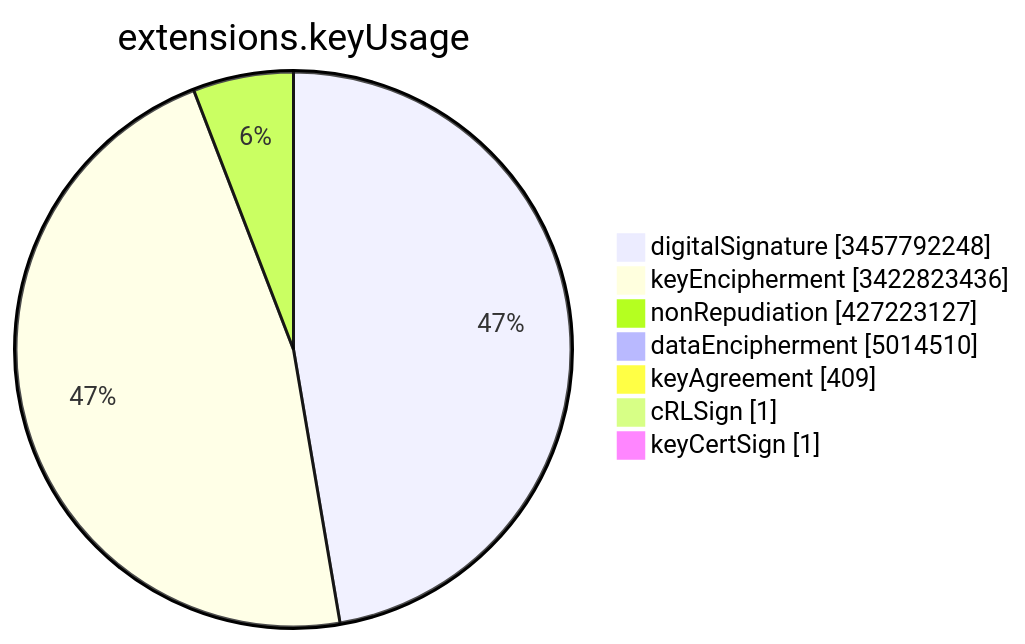
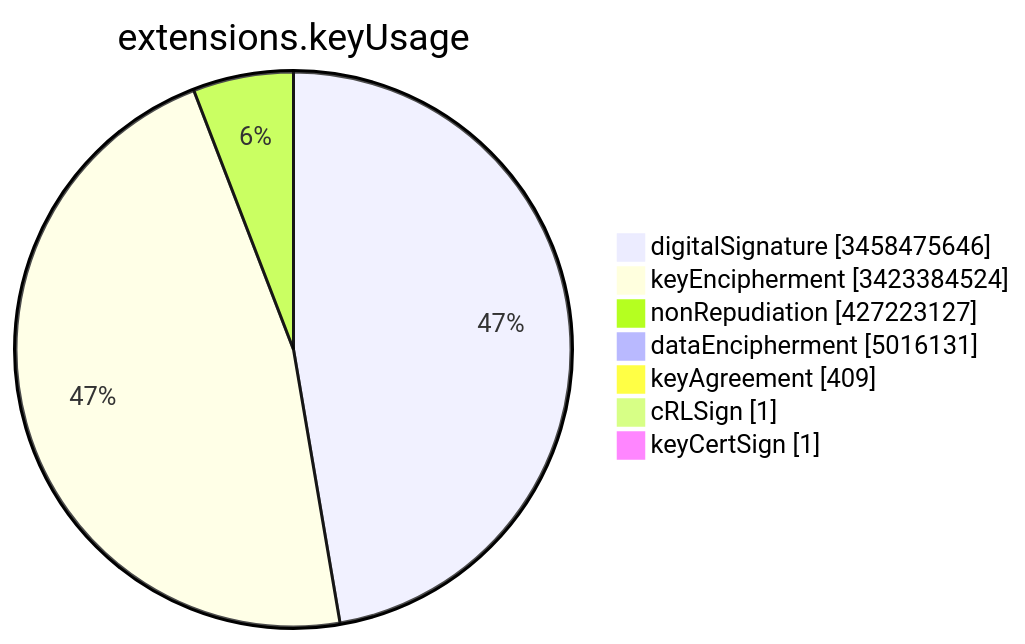
The sixth of 15 diagrams in TOTAL/README.md (christiankrug/ctmonitor_visualization), drawn with Mermaid before and after one commit. The commit also changed other lines of this file, not shown here.

````diff
--- a/TOTAL/README.md
+++ b/TOTAL/README.md
@@ -3082,11 +3082,11 @@
 ```mermaid
 pie showData
 title extensions.keyUsage
-"digitalSignature" :3457792248
-"keyEncipherment" :3422823436
+"digitalSignature" :3458475646
+"keyEncipherment" :3423384524
 "nonRepudiation" :427223127
-"dataEncipherment" :5014510
+"dataEncipherment" :5016131
 "keyAgreement" :409
 "cRLSign" :1
 "keyCertSign" :1
 ```
````
